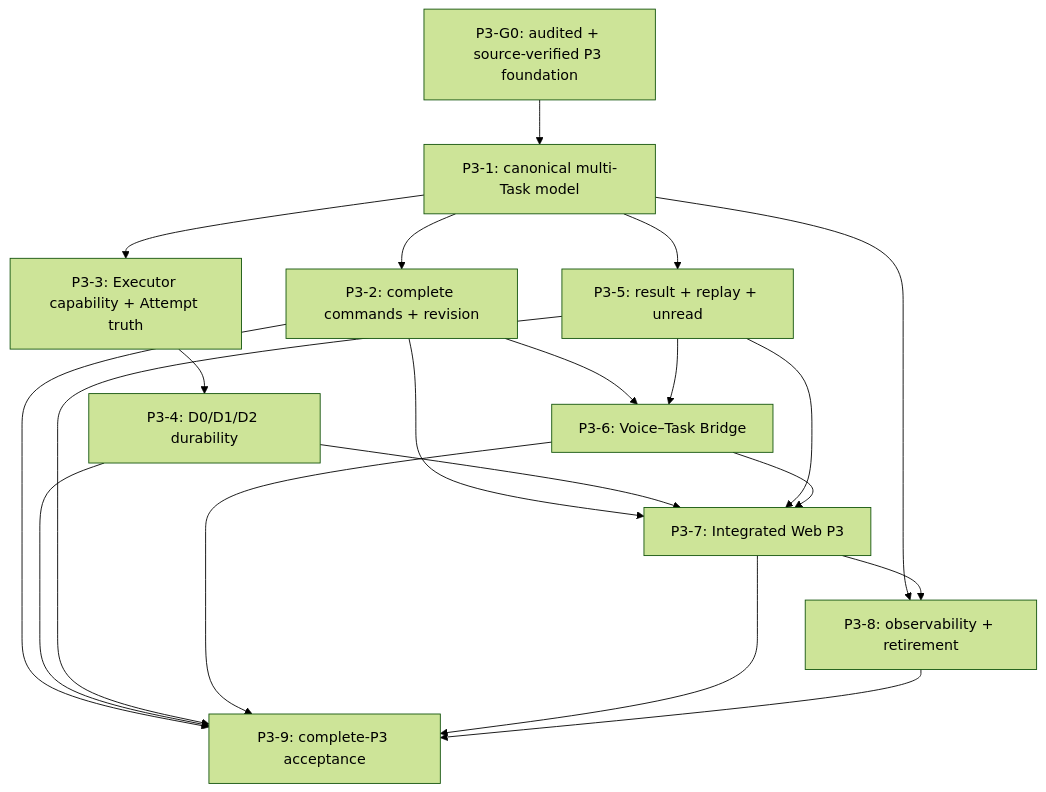
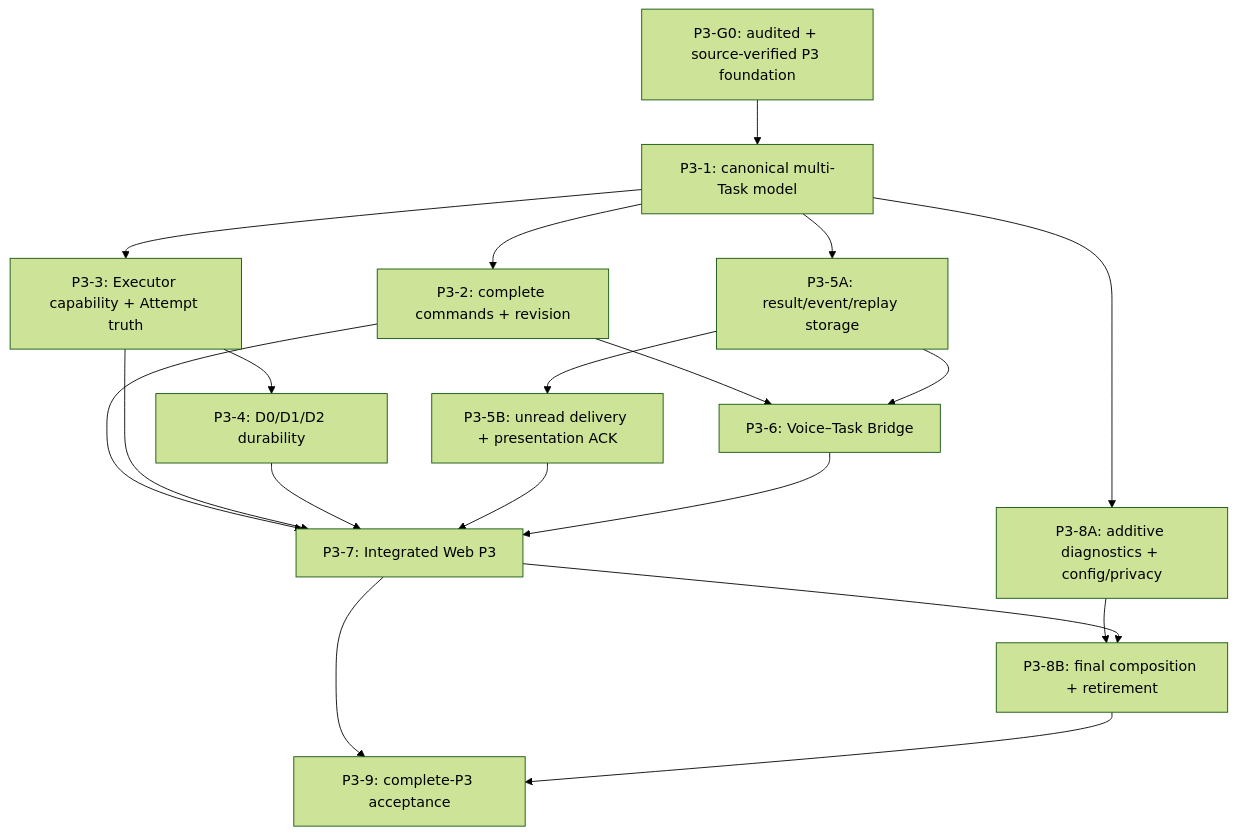
Before and after one commit to agtai/jiuwenswarm: the diagram in live-voice/roadmap/FULL_P3_EXECUTION_PLAN.md, drawn with Mermaid (forest theme). The commit also changed other lines of this file and 4 other files, not shown here.

````diff
--- a/live-voice/roadmap/FULL_P3_EXECUTION_PLAN.md
+++ b/live-voice/roadmap/FULL_P3_EXECUTION_PLAN.md
@@ -180,33 +222,34 @@
 ```mermaid
 flowchart TD
     G0["P3-G0: audited + source-verified P3 foundation"]
     M["P3-1: canonical multi-Task model"]
     C["P3-2: complete commands + revision"]
     E["P3-3: Executor capability + Attempt truth"]
     D["P3-4: D0/D1/D2 durability"]
-    R["P3-5: result + replay + unread"]
+    RA["P3-5A: result/event/replay storage"]
+    RB["P3-5B: unread delivery + presentation ACK"]
     B["P3-6: Voice–Task Bridge"]
     W["P3-7: Integrated Web P3"]
-    O["P3-8: observability + retirement"]
+    OA["P3-8A: additive diagnostics + config/privacy"]
+    OB["P3-8B: final composition + retirement"]
     A["P3-9: complete-P3 acceptance"]
 
     G0 --> M
     M --> C
     M --> E
-    M --> R
+    M --> RA
+    M --> OA
     E --> D
+    RA --> RB
     C --> B
-    R --> B
+    RA --> B
     C --> W
+    E --> W
     D --> W
-    R --> W
+    RB --> W
     B --> W
-    M --> O
-    W --> O
-    C --> A
-    D --> A
-    R --> A
-    B --> A
+    OA --> OB
+    W --> OB
     W --> A
-    O --> A
+    OB --> A
 ```
````
